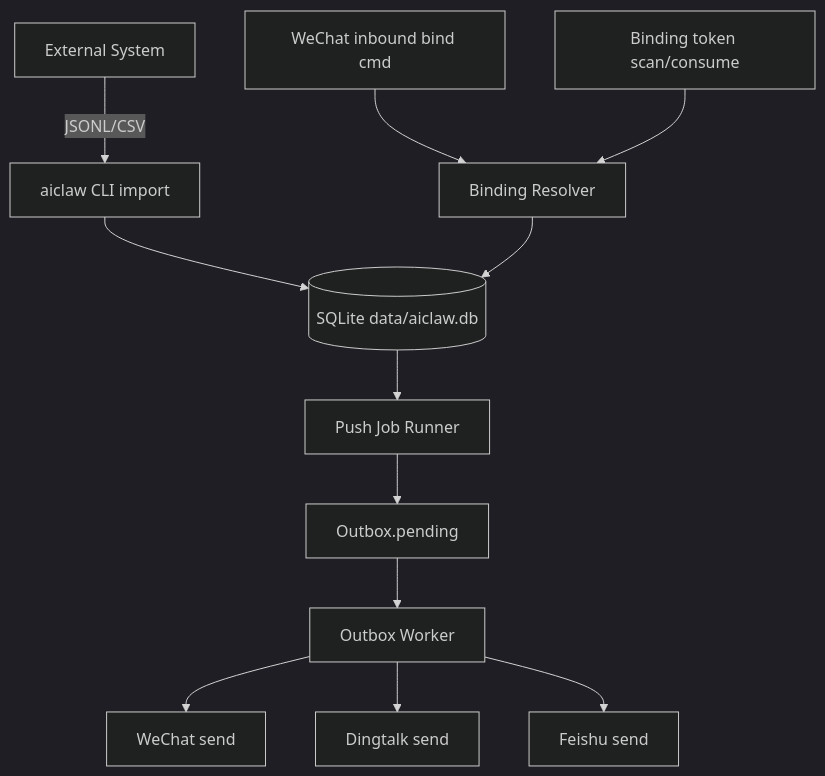
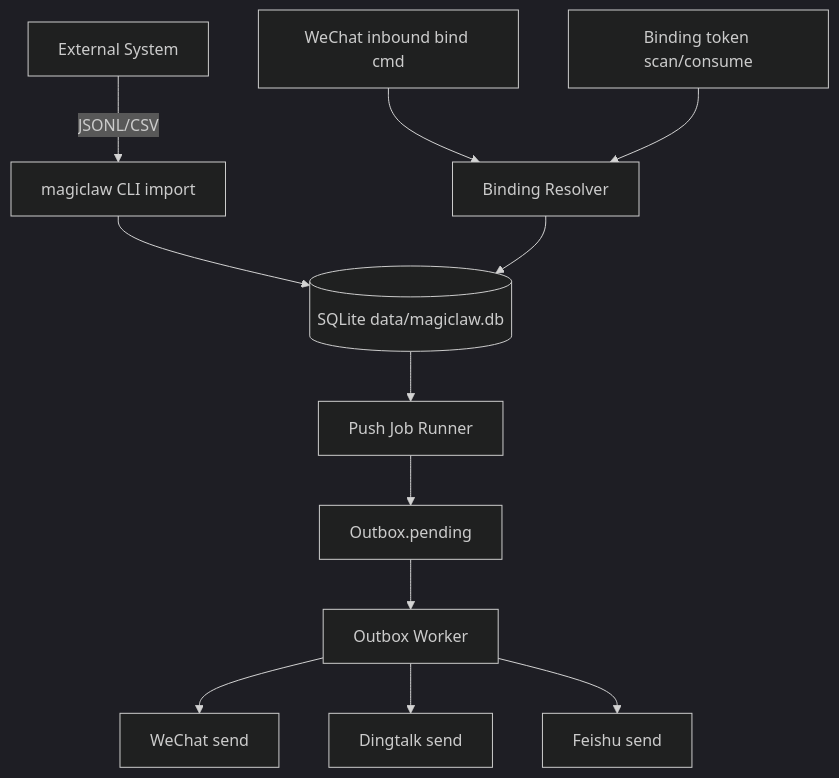
Before and after one commit to Northofqing/magiclaw: the diagram in docs/2026-06-19-project-binding-and-multi-push-design.md, drawn with Mermaid (dark theme). The commit also changed other lines of this file and 45 other files, not shown here.

Commit message:
chore: rename project from aiclaw to magiclaw

````diff
--- a/docs/2026-06-19-project-binding-and-multi-push-design.md
+++ b/docs/2026-06-19-project-binding-and-multi-push-design.md
@@ -81,14 +81,14 @@
 ```mermaid
 flowchart TD
-    A[External System] -->|JSONL/CSV| B[aiclaw CLI import]
-    B --> C[(SQLite data/aiclaw.db)]
+    A[External System] -->|JSONL/CSV| B[magiclaw CLI import]
+    B --> C[(SQLite data/magiclaw.db)]
     C --> D[Push Job Runner]
     D --> E[Outbox.pending]
     E --> F[Outbox Worker]
    F --> G1[WeChat send]
    F --> G2[Dingtalk send]
    F --> G3[Feishu send]
     H[WeChat inbound bind cmd] --> I[Binding Resolver]
     I --> C
     J[Binding token scan/consume] --> I
 ```
````
